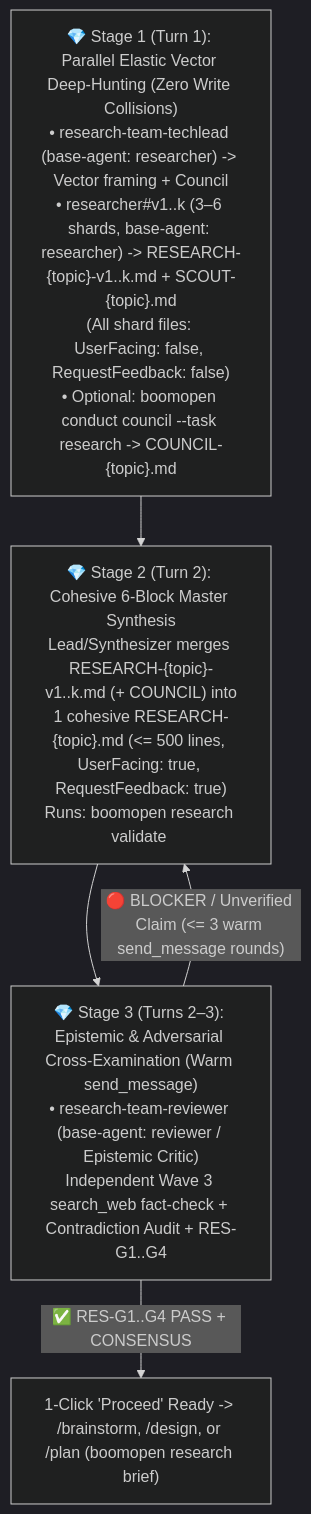
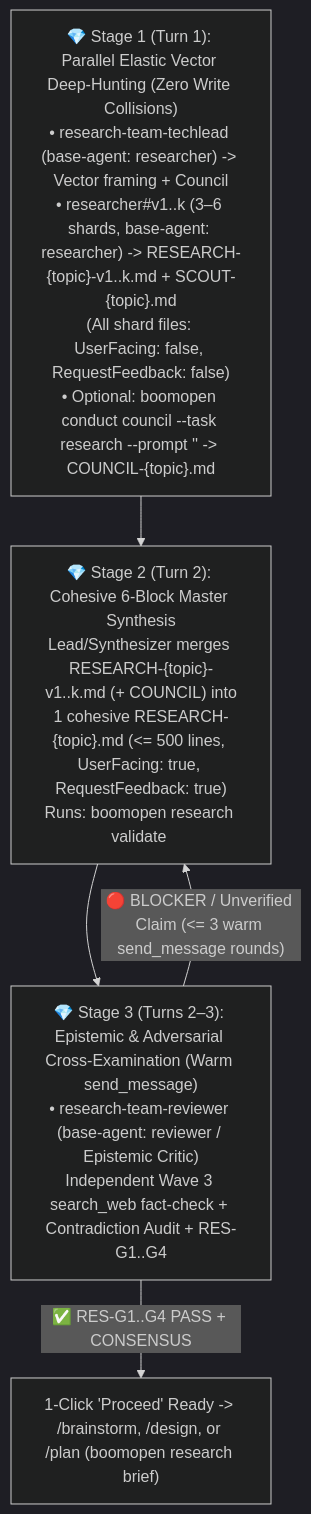
Before and after one commit to Kennyboom/BoomOpen-Workflow-Kit-Pro: the diagram in agents/teams/research-team/_team.md, drawn with Mermaid (dark theme). The commit also changed other lines of this file and 302 other files, not shown here.

````diff
--- a/agents/teams/research-team/_team.md
+++ b/agents/teams/research-team/_team.md
@@ -40,8 +41,8 @@
 ```mermaid
 flowchart TD
-    S1["💎 Stage 1 (Turn 1): Parallel Elastic Vector Deep-Hunting (Zero Write Collisions)<br/>• research-team-techlead (base-agent: researcher) -> Vector framing + Council<br/>• researcher#v1..k (3–6 shards, base-agent: researcher) -> RESEARCH-{topic}-v1..k.md + SCOUT-{topic}.md<br/>(All shard files: UserFacing: false, RequestFeedback: false)<br/>• Optional: boomopen conduct council --task research -> COUNCIL-{topic}.md"]
+    S1["💎 Stage 1 (Turn 1): Parallel Elastic Vector Deep-Hunting (Zero Write Collisions)<br/>• research-team-techlead (base-agent: researcher) -> Vector framing + Council<br/>• researcher#v1..k (3–6 shards, base-agent: researcher) -> RESEARCH-{topic}-v1..k.md + SCOUT-{topic}.md<br/>(All shard files: UserFacing: false, RequestFeedback: false)<br/>• Optional: boomopen conduct council --task research --prompt '<research-context>' -> COUNCIL-{topic}.md"]
     S1 --> S2["💎 Stage 2 (Turn 2): Cohesive 6-Block Master Synthesis<br/>Lead/Synthesizer merges RESEARCH-{topic}-v1..k.md (+ COUNCIL) into<br/>1 cohesive RESEARCH-{topic}.md (<= 500 lines, UserFacing: true, RequestFeedback: true)<br/>Runs: boomopen research validate <path> --mode research"]
     S2 --> S3["💎 Stage 3 (Turns 2–3): Epistemic & Adversarial Cross-Examination (Warm send_message)<br/>• research-team-reviewer (base-agent: reviewer / Epistemic Critic)<br/>Independent Wave 3 search_web fact-check + Contradiction Audit + RES-G1..G4"]
     S3 -->|"🔴 BLOCKER / Unverified Claim (<= 3 warm send_message rounds)"| S2
     S3 -->|"✅ RES-G1..G4 PASS + CONSENSUS"| OUT["1-Click 'Proceed' Ready -> /brainstorm, /design, or /plan (boomopen research brief)"]
 ```
````
